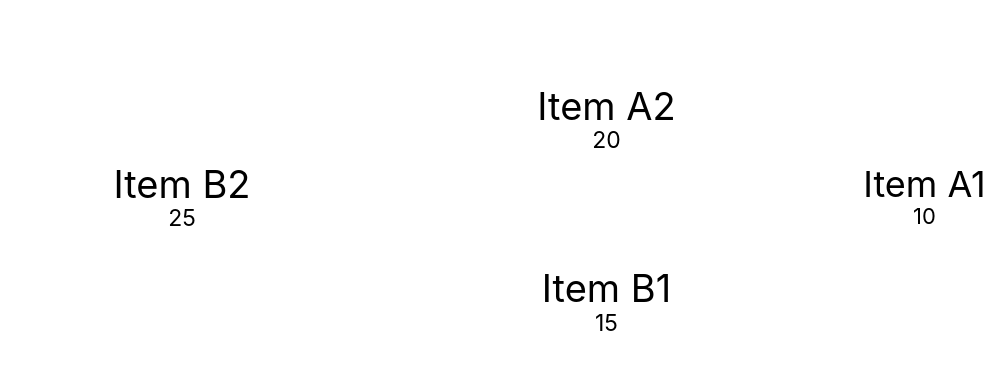
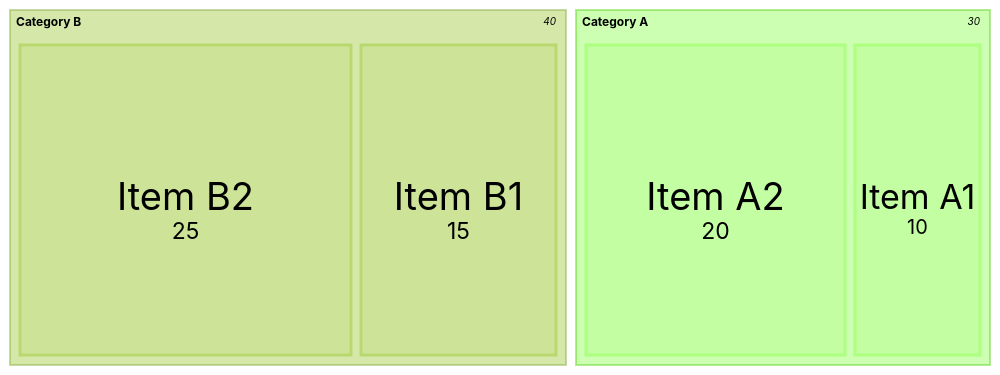
One commit to mermaid-js/mermaid changed the diagram in e2e/diagrams/treemap/5-should-render-with-a-forest-theme.mmd. Above: the diagram before and after it, drawn with Mermaid (forest theme). The commit also changed 25 other files, not shown here.

```diff
--- a/e2e/diagrams/treemap/5-should-render-with-a-forest-theme.mmd
+++ b/e2e/diagrams/treemap/5-should-render-with-a-forest-theme.mmd
@@ -1,7 +1,7 @@
 treemap-beta
   "Category A"
-  "Item A1": 10
-  "Item A2": 20
+    "Item A1": 10
+    "Item A2": 20
   "Category B"
-  "Item B1": 15
-  "Item B2": 25
+    "Item B1": 15
+    "Item B2": 25
```
